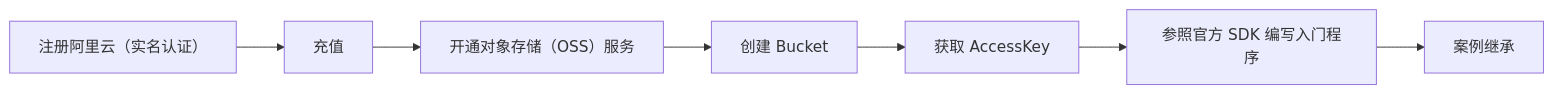
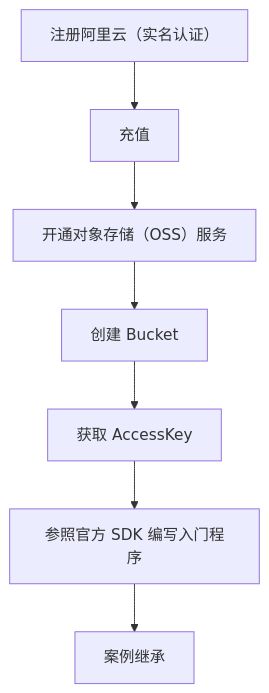
The second of 2 diagrams in 25-案例练习-员工新增-文件上传.md (Zt2tzzt/JAVAWEB), drawn with Mermaid before and after one commit. The commit also changed other lines of this file and 7 other files, not shown here.

````diff
--- a/25-案例练习-员工新增-文件上传.md
+++ b/25-案例练习-员工新增-文件上传.md
@@ -382,9 +382,9 @@
 ```mermaid
-graph LR
+graph TD
 A[注册阿里云（实名认证）] -->B[充值]
     B --> C[开通对象存储（OSS）服务]
     C --> D[创建 Bucket]
     D --> E[获取 AccessKey]
     E --> F[参照官方 SDK 编写入门程序]
     F --> G[案例继承]
 ```
````
